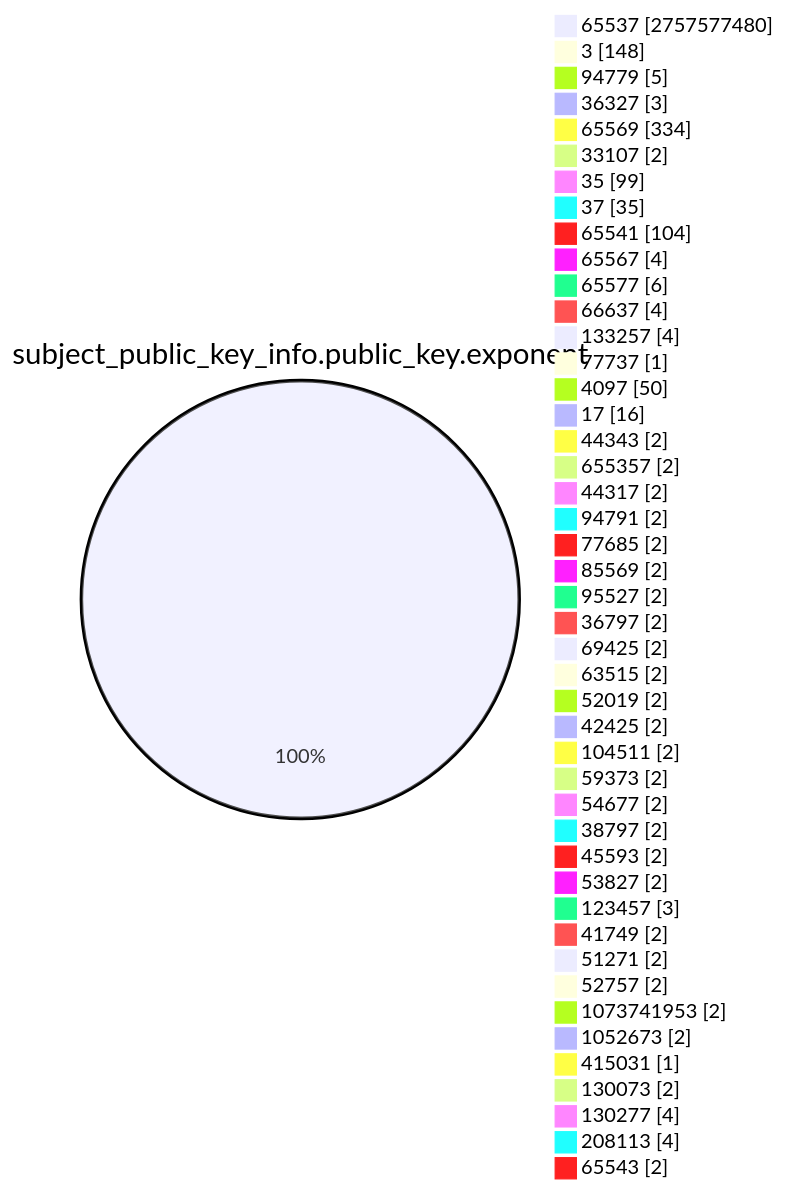
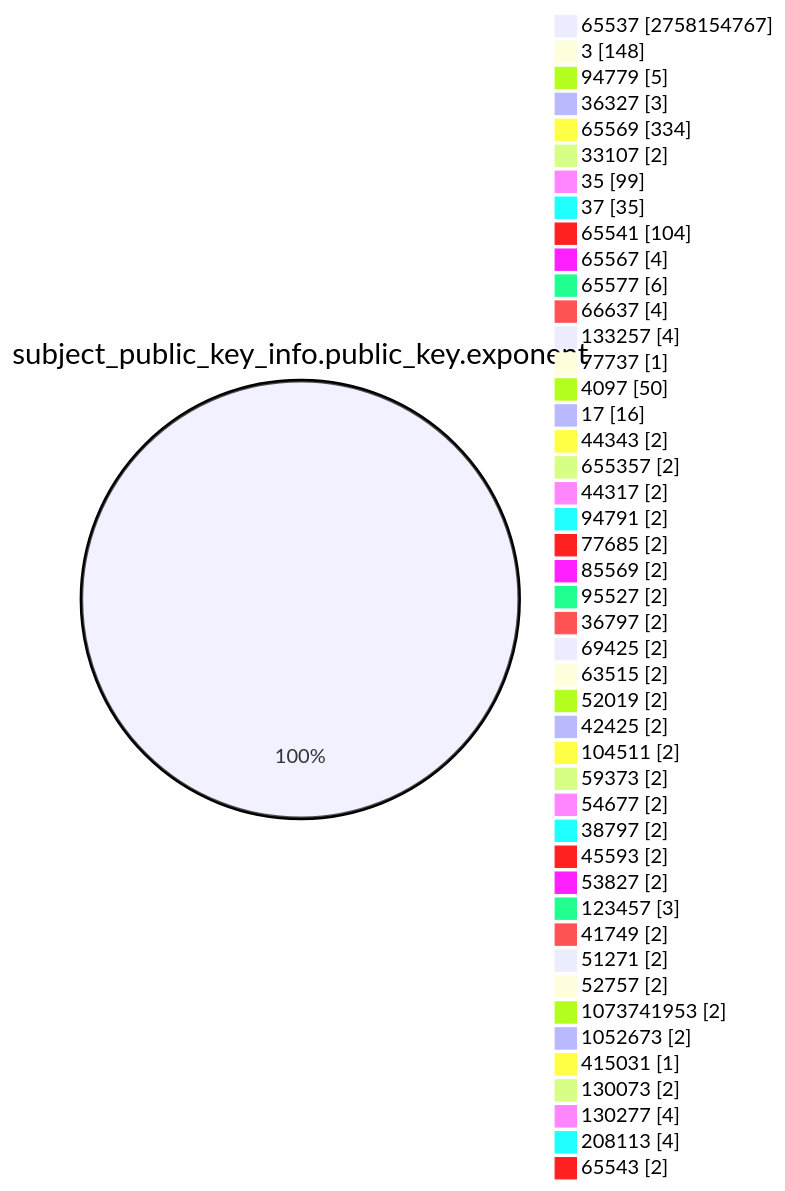
One commit to christiankrug/ctmonitor_visualization changed the fourth of 15 diagrams in TOTAL/README.md. Above: the diagram before and after it, drawn with Mermaid. The commit also changed other lines of this file, not shown here.

````diff
--- a/TOTAL/README.md
+++ b/TOTAL/README.md
@@ -1467,49 +1467,49 @@
 ```mermaid
 pie showData
 title subject_public_key_info.public_key.exponent
-"65537" :2757577480
+"65537" :2758154767
 "3" :148
 "94779" :5
 "36327" :3
 "65569" :334
 "33107" :2
 "35" :99
 "37" :35
 "65541" :104
 "65567" :4
 "65577" :6
 "66637" :4
 "133257" :4
 "77737" :1
 "4097" :50
 "17" :16
 "44343" :2
 "655357" :2
 "44317" :2
 "94791" :2
 "77685" :2
 "85569" :2
 "95527" :2
 "36797" :2
 "69425" :2
 "63515" :2
 "52019" :2
 "42425" :2
 "104511" :2
 "59373" :2
 "54677" :2
 "38797" :2
 "45593" :2
 "53827" :2
 "123457" :3
 "41749" :2
 "51271" :2
 "52757" :2
 "1073741953" :2
 "1052673" :2
 "415031" :1
 "130073" :2
 "130277" :4
 "208113" :4
 "65543" :2
 ```
````
